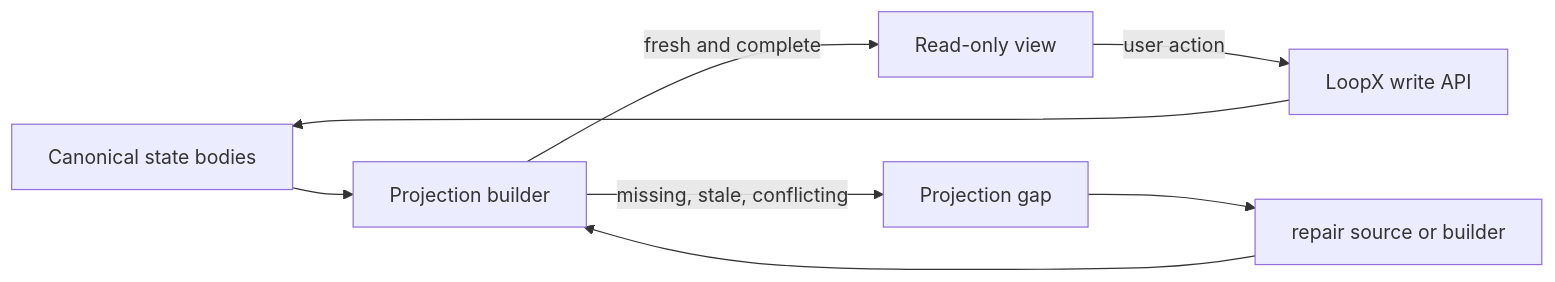
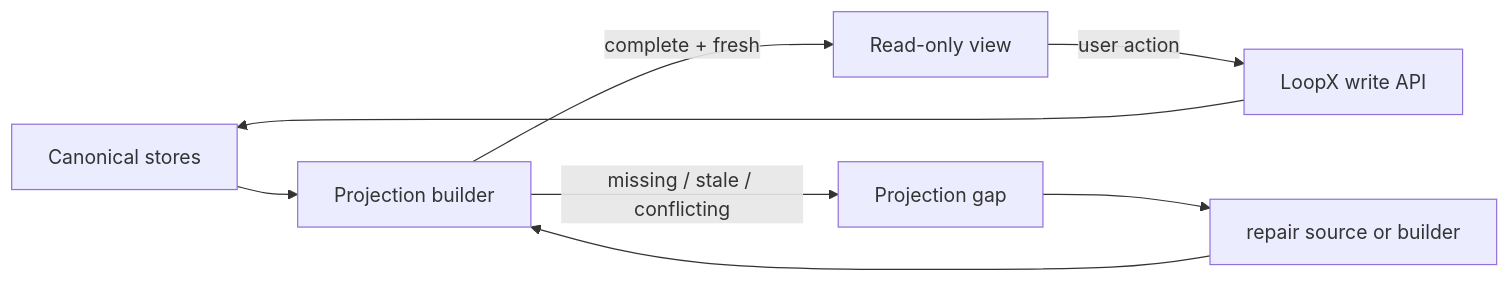
Before and after one commit to huangruiteng/goal-harness: the eighth of 9 diagrams in docs/product/core-control-plane/state-machine.md, drawn with Mermaid. The commit also changed other lines of this file and 1 other file, not shown here.

````diff
--- a/docs/product/core-control-plane/state-machine.md
+++ b/docs/product/core-control-plane/state-machine.md
@@ -111,10 +322,10 @@
 ```mermaid
 flowchart LR
-  S["Canonical state bodies"] --> B["Projection builder"]
-  B -->|"fresh and complete"| V["Read-only view"]
-  B -->|"missing, stale, conflicting"| G["Projection gap"]
-  G --> R["repair source or builder"]
-  R --> B
-  V -->|"user action"| W["LoopX write API"]
-  W --> S
+  Source["Canonical stores"] --> Builder["Projection builder"]
+  Builder -->|"complete + fresh"| View["Read-only view"]
+  Builder -->|"missing / stale / conflicting"| Gap["Projection gap"]
+  Gap --> Repair["repair source or builder"]
+  Repair --> Builder
+  View -->|"user action"| WriteAPI["LoopX write API"]
+  WriteAPI --> Source
 ```
````
